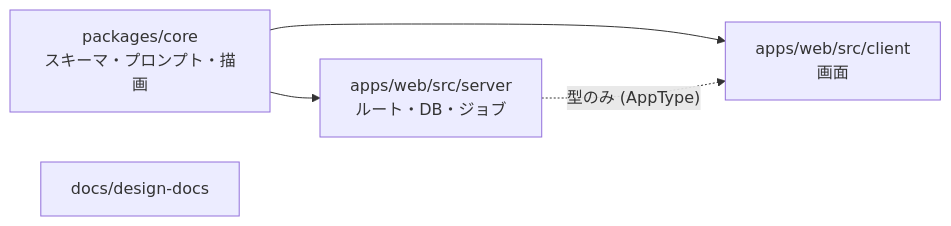
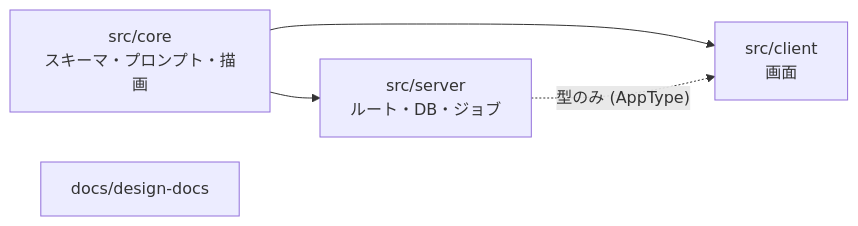
One commit to Noripy/TaskAgent changed the diagram in docs/dev/parallel-development.md. Above: the diagram before and after it, drawn with Mermaid. The commit also changed other lines of this file and 105 other files, not shown here.

````diff
--- a/docs/dev/parallel-development.md
+++ b/docs/dev/parallel-development.md
@@ -7,7 +7,7 @@
 ```mermaid
 flowchart LR
-  core["packages/core<br/>スキーマ・プロンプト・描画"] --> server["apps/web/src/server<br/>ルート・DB・ジョブ"]
-  core --> client["apps/web/src/client<br/>画面"]
+  core["src/core<br/>スキーマ・プロンプト・描画"] --> server["src/server<br/>ルート・DB・ジョブ"]
+  core --> client["src/client<br/>画面"]
   server -. "型のみ (AppType)" .-> client
   docs["docs/design-docs"]
 ```
````
